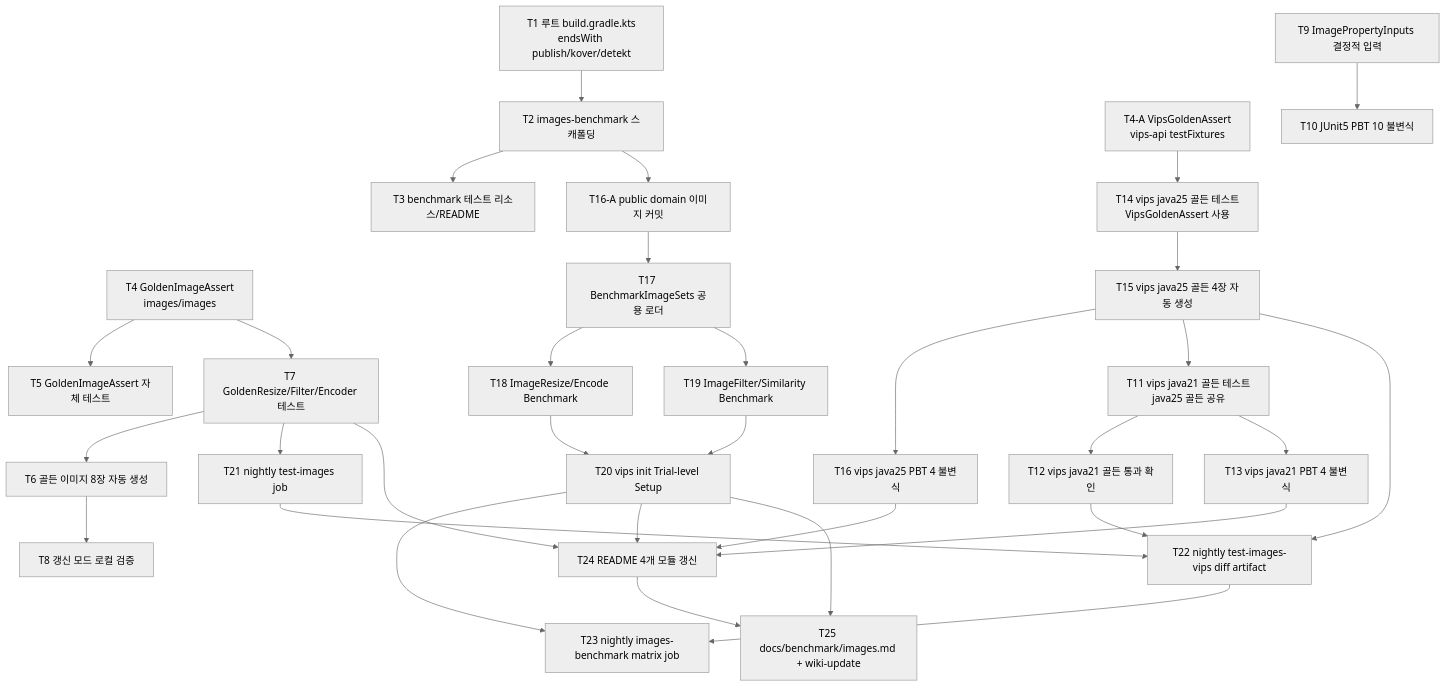
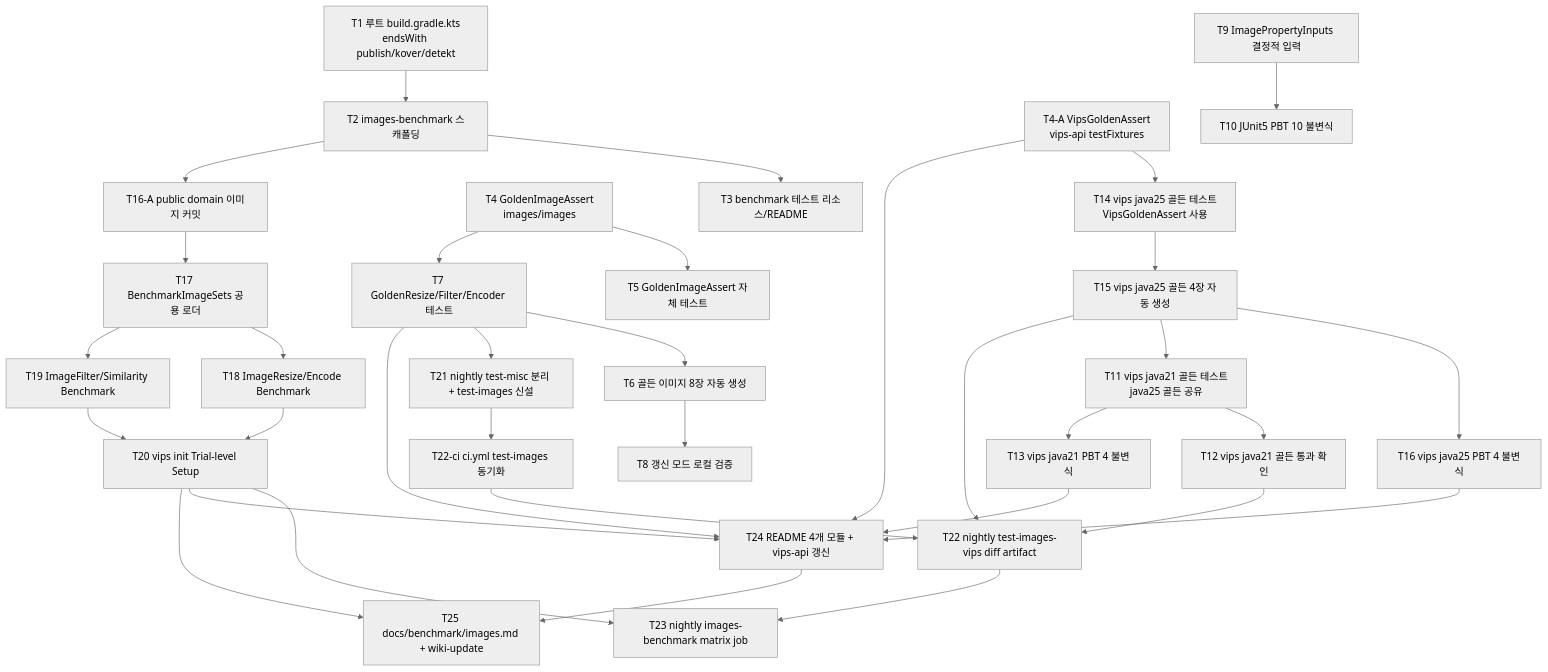
Before and after one commit to bluetape4k/bluetape4k-projects: the diagram in docs/superpowers/plans/2026-04-29-images-quality-testing-plan.md, drawn with Mermaid (neutral theme). The commit also changed other lines of this file, not shown here.

````diff
--- a/docs/superpowers/plans/2026-04-29-images-quality-testing-plan.md
+++ b/docs/superpowers/plans/2026-04-29-images-quality-testing-plan.md
@@ -53,62 +68,65 @@
 ```mermaid
 graph TB
     T1[T1 루트 build.gradle.kts<br/>endsWith publish/kover/detekt]
     T2[T2 images-benchmark 스캐폴딩]
     T3[T3 benchmark 테스트 리소스/README]
     T4A[T4-A VipsGoldenAssert<br/>vips-api testFixtures]
     T4[T4 GoldenImageAssert<br/>images/images]
     T5[T5 GoldenImageAssert 자체 테스트]
     T6[T6 골든 이미지 8장 자동 생성]
     T7[T7 GoldenResize/Filter/Encoder 테스트]
     T8[T8 갱신 모드 로컬 검증]
     T9[T9 ImagePropertyInputs 결정적 입력]
     T10[T10 JUnit5 PBT 10 불변식]
     T14[T14 vips java25 골든 테스트<br/>VipsGoldenAssert 사용]
     T15[T15 vips java25 골든 4장 자동 생성]
     T16[T16 vips java25 PBT 4 불변식]
     T11[T11 vips java21 골든 테스트<br/>java25 골든 공유]
     T12[T12 vips java21 골든 통과 확인]
     T13[T13 vips java21 PBT 4 불변식]
     T16A[T16-A public domain 이미지 커밋]
     T17[T17 BenchmarkImageSets 공용 로더]
     T18[T18 ImageResize/Encode Benchmark]
     T19[T19 ImageFilter/Similarity Benchmark]
     T20[T20 vips init Trial-level Setup]
-    T21[T21 nightly test-images job]
+    T21[T21 nightly test-misc 분리 + test-images 신설]
+    T22ci[T22-ci ci.yml test-images 동기화]
     T22[T22 nightly test-images-vips diff artifact]
     T23[T23 nightly images-benchmark matrix job]
-    T24[T24 README 4개 모듈 갱신]
+    T24[T24 README 4개 모듈 + vips-api 갱신]
     T25[T25 docs/benchmark/images.md + wiki-update]
 
     T1 --> T2
     T2 --> T3
     T2 --> T16A
     T16A --> T17
     T4A --> T14
     T14 --> T15
     T15 --> T16
     T15 --> T11
     T11 --> T12
     T11 --> T13
     T4 --> T5
     T4 --> T7
     T7 --> T6
     T6 --> T8
     T9 --> T10
     T17 --> T18
     T17 --> T19
     T18 --> T20
     T19 --> T20
     T7 --> T21
+    T21 --> T22ci
     T12 --> T22
     T15 --> T22
     T20 --> T23
-    T21 --> T22
+    T22ci --> T22
     T22 --> T23
     T7 --> T24
     T13 --> T24
     T16 --> T24
     T20 --> T24
+    T4A --> T24
     T20 --> T25
     T24 --> T25
 ```
````
